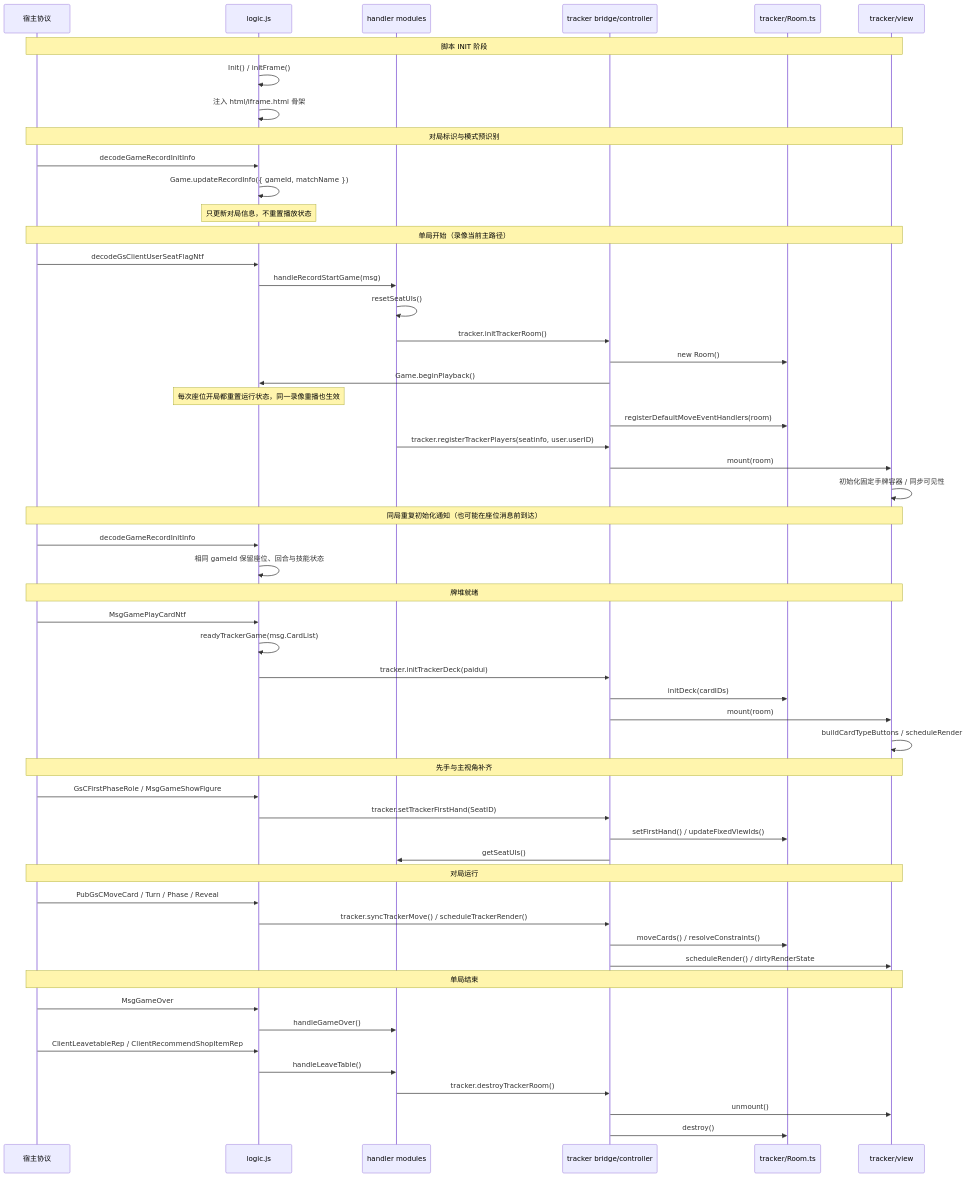
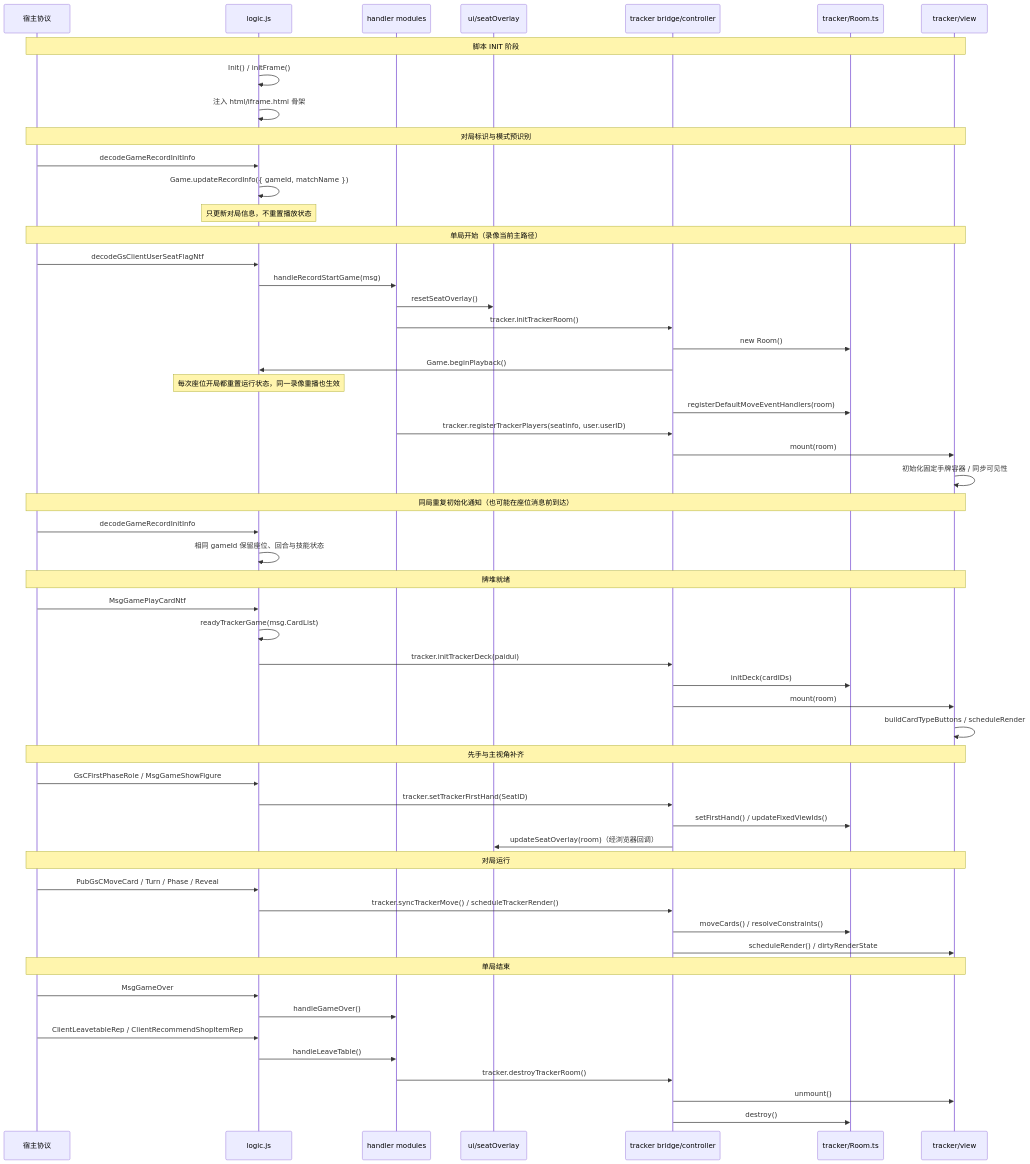
Before and after one commit to llsccm/tracker: the second of 3 diagrams in docs/agents/lifecycle.md, drawn with Mermaid. The commit also changed other lines of this file and 19 other files, not shown here.

````diff
--- a/docs/agents/lifecycle.md
+++ b/docs/agents/lifecycle.md
@@ -66,64 +72,65 @@
 ```mermaid
 sequenceDiagram
     participant Engine as 宿主协议
     participant Logic as logic.js
     participant Handler as handler modules
+    participant Overlay as ui/seatOverlay
     participant Bridge as tracker bridge/controller
     participant Room as tracker/Room.ts
     participant View as tracker/view
 
     Note over Engine,View: 脚本 INIT 阶段
     Logic ->> Logic: Init() / initFrame()
     Logic ->> Logic: 注入 html/iframe.html 骨架
 
     Note over Engine,View: 对局标识与模式预识别
     Engine ->> Logic: decodeGameRecordInitInfo
     Logic ->> Logic: Game.updateRecordInfo({ gameId, matchName })
     Note over Logic: 只更新对局信息，不重置播放状态
 
     Note over Engine,View: 单局开始（录像当前主路径）
     Engine ->> Logic: decodeGsClientUserSeatFlagNtf
     Logic ->> Handler: handleRecordStartGame(msg)
-    Handler ->> Handler: resetSeatUIs()
+    Handler ->> Overlay: resetSeatOverlay()
     Handler ->> Bridge: tracker.initTrackerRoom()
     Bridge ->> Room: new Room()
     Bridge ->> Logic: Game.beginPlayback()
     Note over Logic: 每次座位开局都重置运行状态，同一录像重播也生效
     Bridge ->> Room: registerDefaultMoveEventHandlers(room)
     Handler ->> Bridge: tracker.registerTrackerPlayers(seatinfo, user.userID)
     Bridge ->> View: mount(room)
     View ->> View: 初始化固定手牌容器 / 同步可见性
 
     Note over Engine,View: 同局重复初始化通知（也可能在座位消息前到达）
     Engine ->> Logic: decodeGameRecordInitInfo
     Logic ->> Logic: 相同 gameId 保留座位、回合与技能状态
 
     Note over Engine,View: 牌堆就绪
     Engine ->> Logic: MsgGamePlayCardNtf
     Logic ->> Logic: readyTrackerGame(msg.CardList)
     Logic ->> Bridge: tracker.initTrackerDeck(paidui)
     Bridge ->> Room: initDeck(cardIDs)
     Bridge ->> View: mount(room)
     View ->> View: buildCardTypeButtons / scheduleRender
 
     Note over Engine,View: 先手与主视角补齐
     Engine ->> Logic: GsCFirstPhaseRole / MsgGameShowFigure
     Logic ->> Bridge: tracker.setTrackerFirstHand(SeatID)
     Bridge ->> Room: setFirstHand() / updateFixedViewIds()
-    Bridge ->> Handler: getSeatUIs()
+    Bridge ->> Overlay: updateSeatOverlay(room)（经浏览器回调）
 
     Note over Engine,View: 对局运行
     Engine ->> Logic: PubGsCMoveCard / Turn / Phase / Reveal
     Logic ->> Bridge: tracker.syncTrackerMove() / scheduleTrackerRender()
     Bridge ->> Room: moveCards() / resolveConstraints()
     Bridge ->> View: scheduleRender() / dirtyRenderState
 
     Note over Engine,View: 单局结束
     Engine ->> Logic: MsgGameOver
     Logic ->> Handler: handleGameOver()
     Engine ->> Logic: ClientLeavetableRep / ClientRecommendShopItemRep
     Logic ->> Handler: handleLeaveTable()
     Handler ->> Bridge: tracker.destroyTrackerRoom()
     Bridge ->> View: unmount()
     Bridge ->> Room: destroy()
 ```
````
